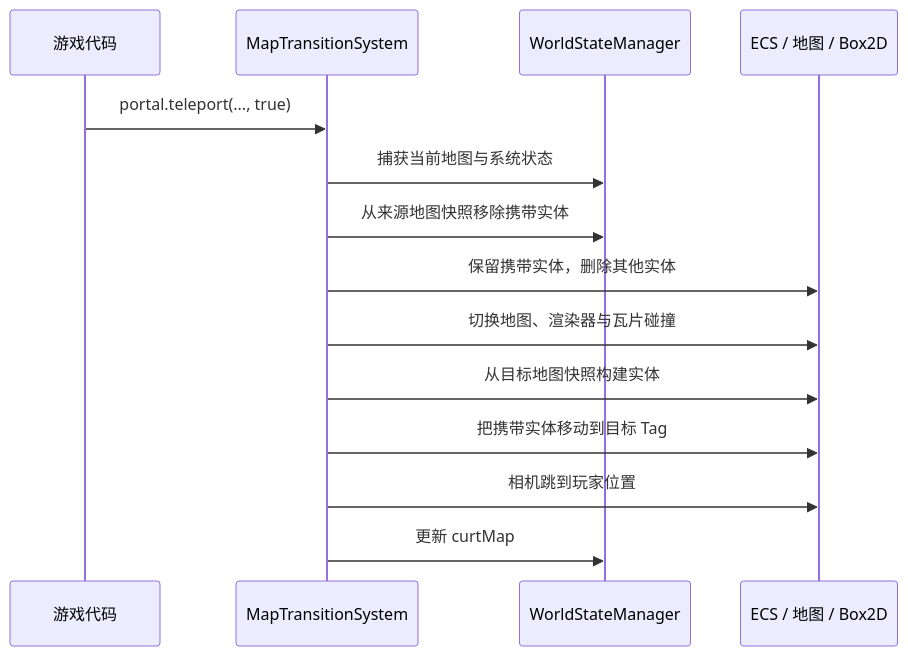
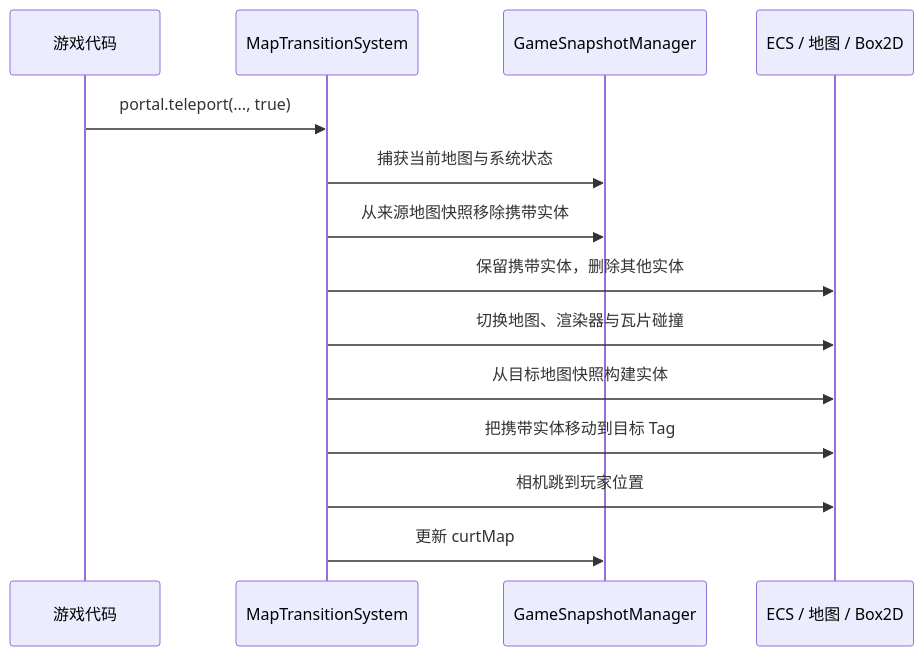
One commit to IteratingSystem/LTAE changed the second of 2 diagrams in README.md. Above: the diagram before and after it, drawn with Mermaid. The commit also changed other lines of this file and 296 other files, not shown here.

````diff
--- a/README.md
+++ b/README.md
@@ -906,17 +907,17 @@
 ```mermaid
 sequenceDiagram
     participant Game as 游戏代码
     participant Transition as MapTransitionSystem
-    participant State as WorldStateManager
+    participant State as GameSnapshotManager
     participant Runtime as ECS / 地图 / Box2D
 
     Game->>Transition: portal.teleport(..., true)
     Transition->>State: 捕获当前地图与系统状态
     Transition->>State: 从来源地图快照移除携带实体
     Transition->>Runtime: 保留携带实体，删除其他实体
     Transition->>Runtime: 切换地图、渲染器与瓦片碰撞
     Transition->>Runtime: 从目标地图快照构建实体
     Transition->>Runtime: 把携带实体移动到目标 Tag
     Transition->>Runtime: 相机跳到玩家位置
     Transition->>State: 更新 curtMap
 ```
````
